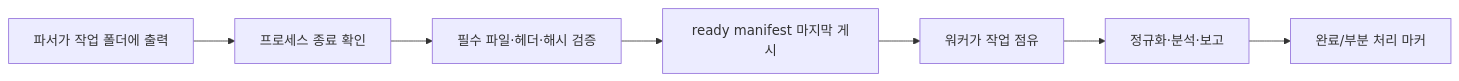
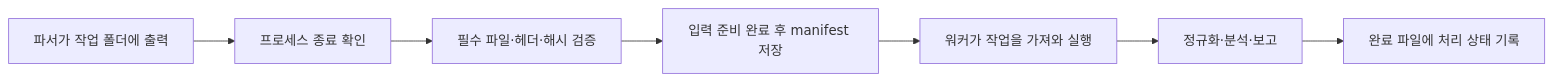
Before and after one commit to zxz3650/Python: the diagram in 13-python-automate/13-5-scheduling-gui.md, drawn with Mermaid. The commit also changed other lines of this file and 13 other files, not shown here.

````diff
--- a/13-python-automate/13-5-scheduling-gui.md
+++ b/13-python-automate/13-5-scheduling-gui.md
@@ -13,9 +13,9 @@
 ```mermaid
 flowchart LR
     A["파서가 작업 폴더에 출력"] --> B["프로세스 종료 확인"]
     B --> C["필수 파일·헤더·해시 검증"]
-    C --> D["ready manifest 마지막 게시"]
-    D --> E["워커가 작업 점유"]
+    C --> D["입력 준비 완료 후 manifest 저장"]
+    D --> E["워커가 작업을 가져와 실행"]
     E --> F["정규화·분석·보고"]
-    F --> G["완료/부분 처리 마커"]
+    F --> G["완료 파일에 처리 상태 기록"]
 ```
````
